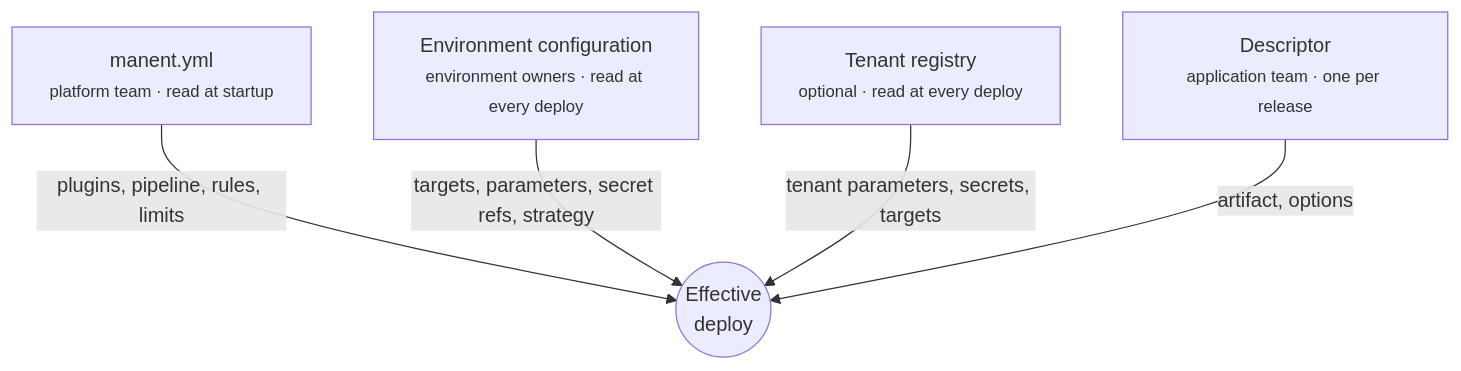
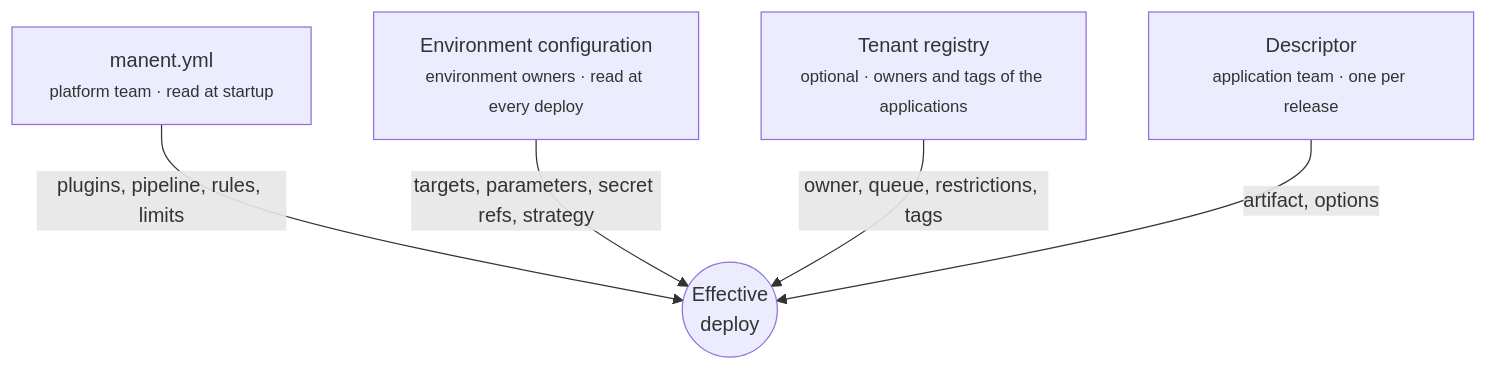
The diagram in docs/content/concetti/configurazione.md (manent-deployer/manent), drawn with Mermaid before and after one commit. The commit also changed other lines of this file and 136 other files, not shown here.

````diff
--- a/docs/content/concetti/configurazione.md
+++ b/docs/content/concetti/configurazione.md
@@ -5,11 +5,11 @@
 ```mermaid
 flowchart TB
     M["manent.yml<br/><small>platform team · read at startup</small>"]
     E["Environment configuration<br/><small>environment owners · read at every deploy</small>"]
-    T["Tenant registry<br/><small>optional · read at every deploy</small>"]
+    T["Tenant registry<br/><small>optional · owners and tags of the applications</small>"]
     D["Descriptor<br/><small>application team · one per release</small>"]
     M -->|plugins, pipeline, rules, limits| X(("Effective<br/>deploy"))
     E -->|targets, parameters, secret refs, strategy| X
-    T -->|tenant parameters, secrets, targets| X
+    T -->|owner, queue, restrictions, tags| X
     D -->|artifact, options| X
 ```
````
